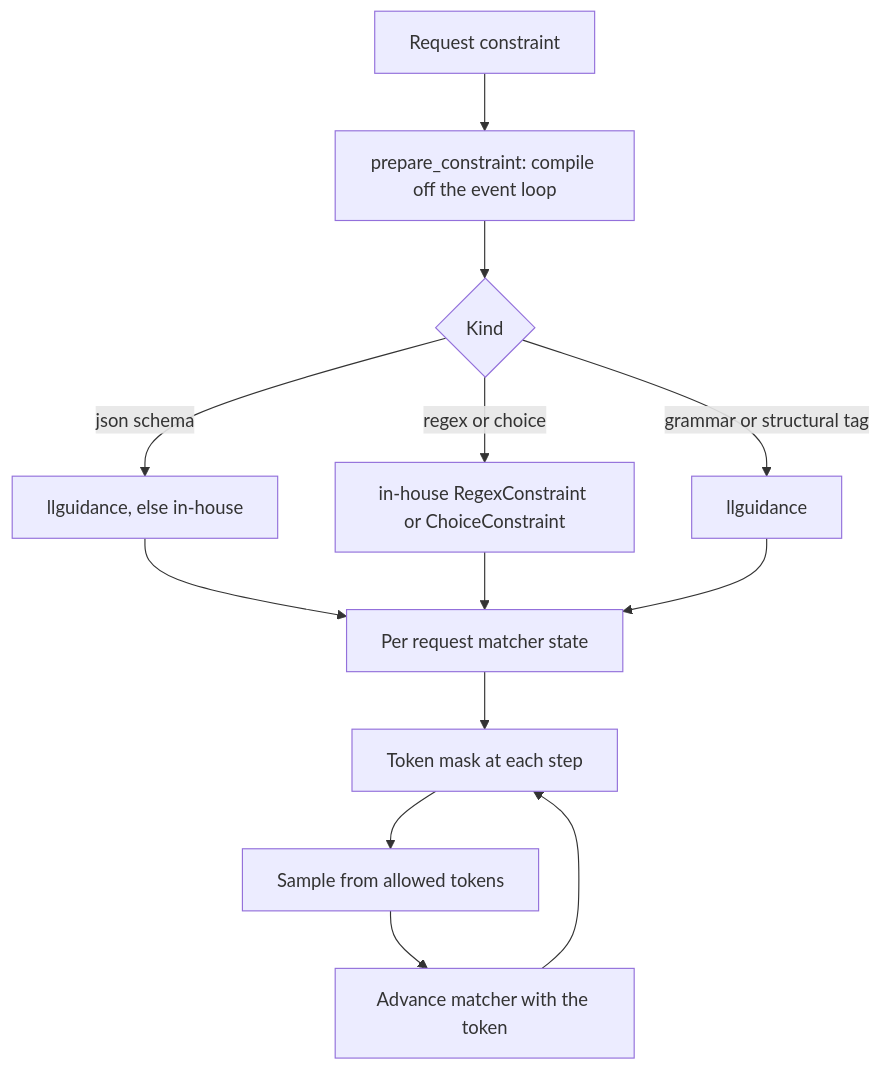
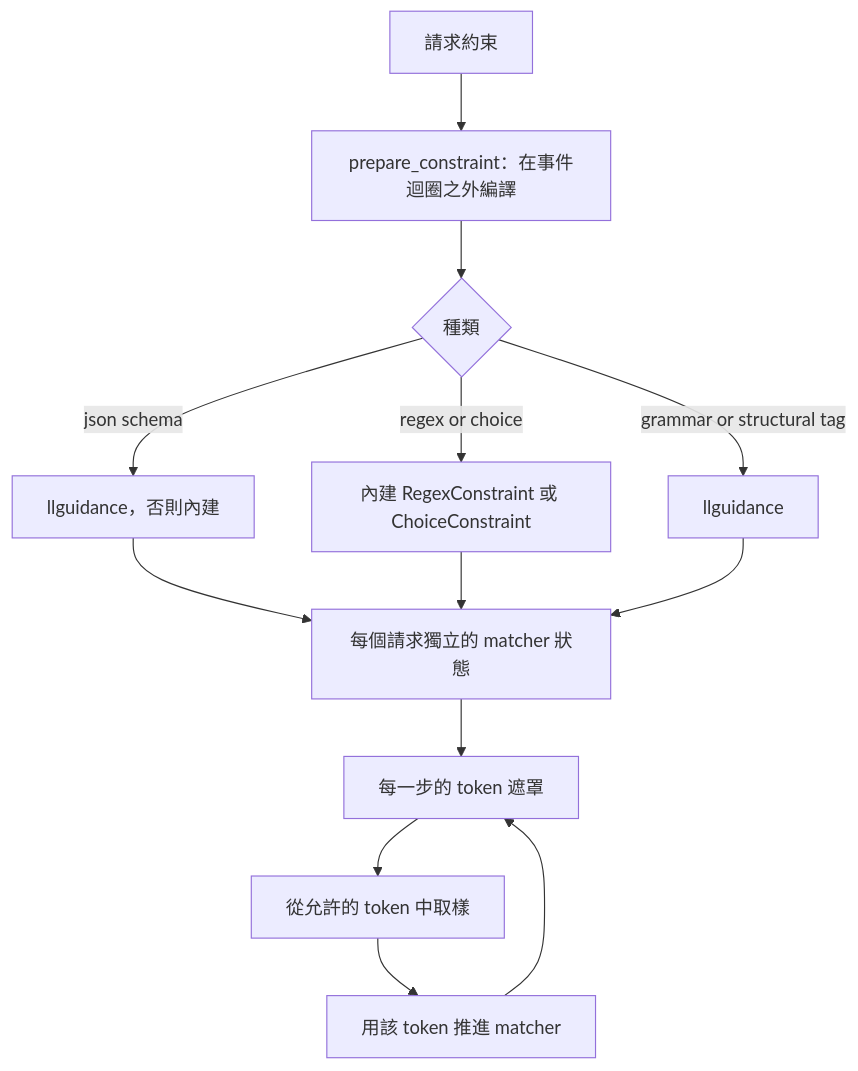
Before and after one commit to YuhuanStudio/Yunshu: the diagram in frontend/docs/internals/constrained-decoding.zh-TW.mdx, drawn with Mermaid. The commit also changed other lines of this file and 64 other files, not shown here.

````diff
--- a/frontend/docs/internals/constrained-decoding.zh-TW.mdx
+++ b/frontend/docs/internals/constrained-decoding.zh-TW.mdx
@@ -34,15 +34,15 @@
 ```mermaid
 flowchart TD
-    A["Request constraint"] --> B["prepare_constraint: compile off the event loop"]
-    B --> C{"Kind"}
-    C -->|"json schema"| D["llguidance, else in-house"]
-    C -->|"regex or choice"| E["in-house RegexConstraint or ChoiceConstraint"]
+    A["請求約束"] --> B["prepare_constraint：在事件迴圈之外編譯"]
+    B --> C{"種類"}
+    C -->|"json schema"| D["llguidance，否則內建"]
+    C -->|"regex or choice"| E["內建 RegexConstraint 或 ChoiceConstraint"]
     C -->|"grammar or structural tag"| F["llguidance"]
-    D --> G["Per request matcher state"]
+    D --> G["每個請求獨立的 matcher 狀態"]
     E --> G
     F --> G
-    G --> H["Token mask at each step"]
-    H --> I["Sample from allowed tokens"]
-    I --> J["Advance matcher with the token"]
+    G --> H["每一步的 token 遮罩"]
+    H --> I["從允許的 token 中取樣"]
+    I --> J["用該 token 推進 matcher"]
     J --> H
 ```
````
